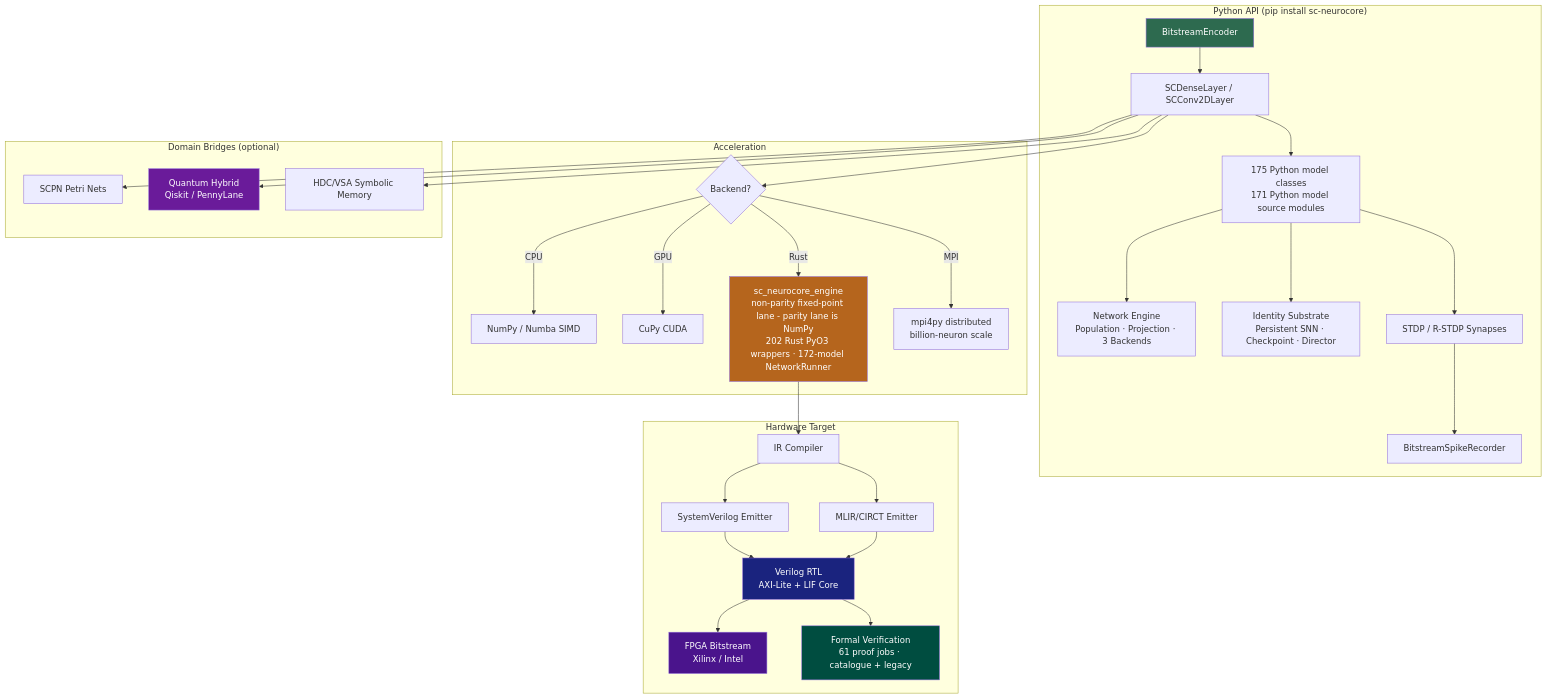
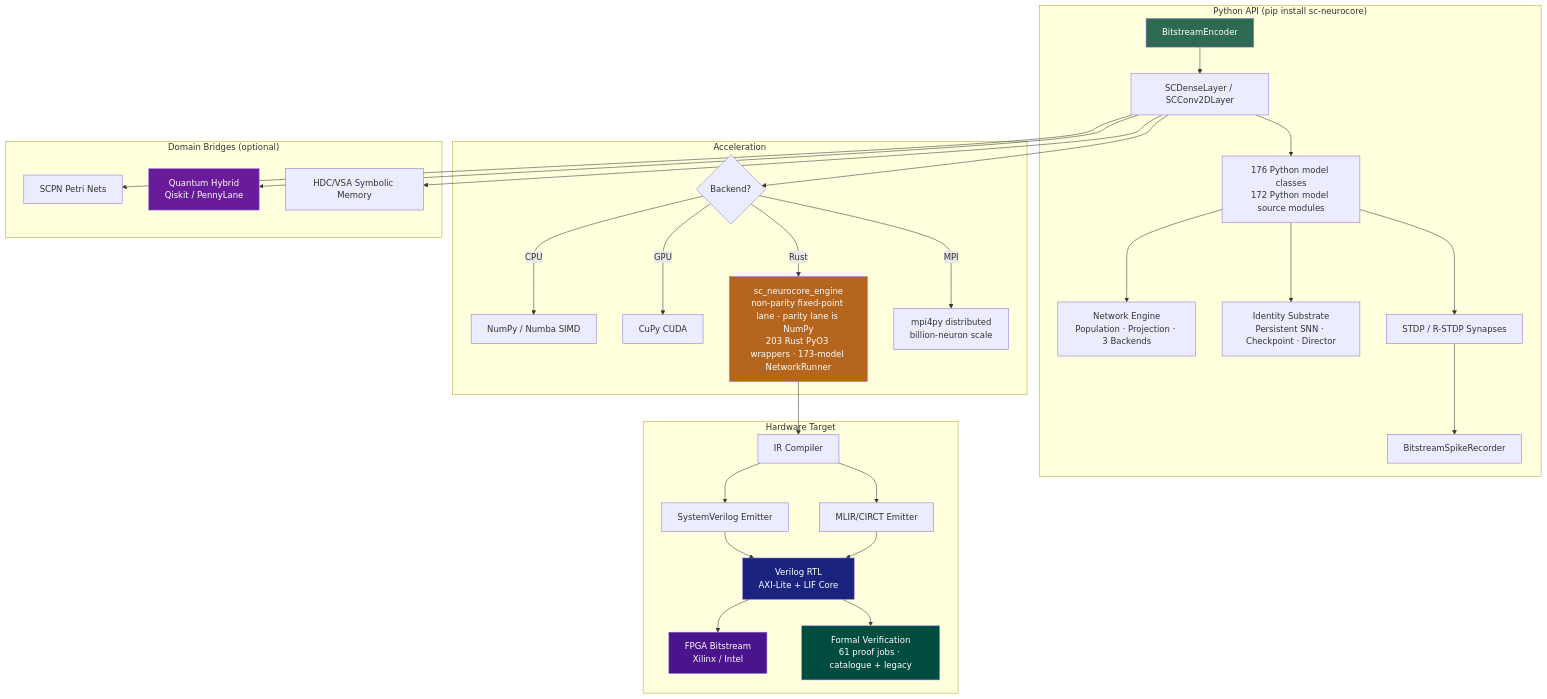
Before and after one commit to anulum/sc-neurocore: the diagram in README.md, drawn with Mermaid. The commit also changed other lines of this file and 107 other files, not shown here.

````diff
--- a/README.md
+++ b/README.md
@@ -380,42 +380,42 @@
 ```mermaid
 graph TD
     subgraph "Python API (pip install sc-neurocore)"
         A[BitstreamEncoder] --> B[SCDenseLayer / SCConv2DLayer]
-        B --> C[175 Python model classes<br/>171 Python model source modules]
+        B --> C[176 Python model classes<br/>172 Python model source modules]
         C --> NET[Network Engine<br/>Population · Projection · 3 Backends]
         C --> ID[Identity Substrate<br/>Persistent SNN · Checkpoint · Director]
         C --> D[STDP / R-STDP Synapses]
         D --> E[BitstreamSpikeRecorder]
     end
 
     subgraph "Acceleration"
         B --> F{Backend?}
         F -->|CPU| G[NumPy / Numba SIMD]
         F -->|GPU| H[CuPy CUDA]
-        F -->|Rust| I[sc_neurocore_engine<br/>non-parity fixed-point lane - parity lane is NumPy<br/>202 Rust PyO3 wrappers · 172-model NetworkRunner]
+        F -->|Rust| I[sc_neurocore_engine<br/>non-parity fixed-point lane - parity lane is NumPy<br/>203 Rust PyO3 wrappers · 173-model NetworkRunner]
         F -->|MPI| MPI[mpi4py distributed<br/>billion-neuron scale]
     end
 
     subgraph "Hardware Target"
         I --> J[IR Compiler]
         J --> K[SystemVerilog Emitter]
         J --> K2[MLIR/CIRCT Emitter]
         K --> L[Verilog RTL<br/>AXI-Lite + LIF Core]
         K2 --> L
         L --> M[FPGA Bitstream<br/>Xilinx / Intel]
         L --> V[Formal Verification<br/>61 proof jobs · catalogue + legacy]
     end
 
     subgraph "Domain Bridges (optional)"
         B --> N[SCPN Petri Nets]
         B --> O[Quantum Hybrid<br/>Qiskit / PennyLane]
         B --> P[HDC/VSA Symbolic Memory]
     end
 
     style A fill:#2d6a4f,color:#fff
     style I fill:#b5651d,color:#fff
     style L fill:#1a237e,color:#fff
     style M fill:#4a148c,color:#fff
     style O fill:#6a1b9a,color:#fff
     style V fill:#004d40,color:#fff
 ```
````
